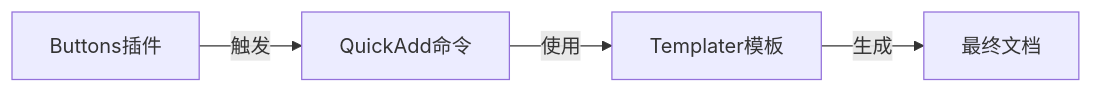
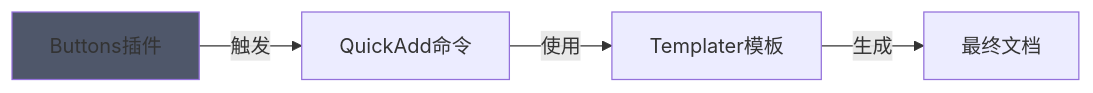
The diagram in 【附件等】/按钮（for第三方插件buttons）/按钮集【普通按钮】.md (bairihai/Obsidian-template-vault), drawn with Mermaid before and after one commit. The commit also changed other lines of this file and 6 other files, not shown here.

````diff
--- a/【附件等】/按钮（for第三方插件buttons）/按钮集【普通按钮】.md
+++ b/【附件等】/按钮（for第三方插件buttons）/按钮集【普通按钮】.md
@@ -6,6 +6,7 @@
 ```mermaid
 graph LR
     B[Buttons插件] -->|触发| Q[QuickAdd命令]
     Q -->|使用| T[Templater模板]
     T -->|生成| F[最终文档]
+    style B fill:#4F576A
 ```
````
